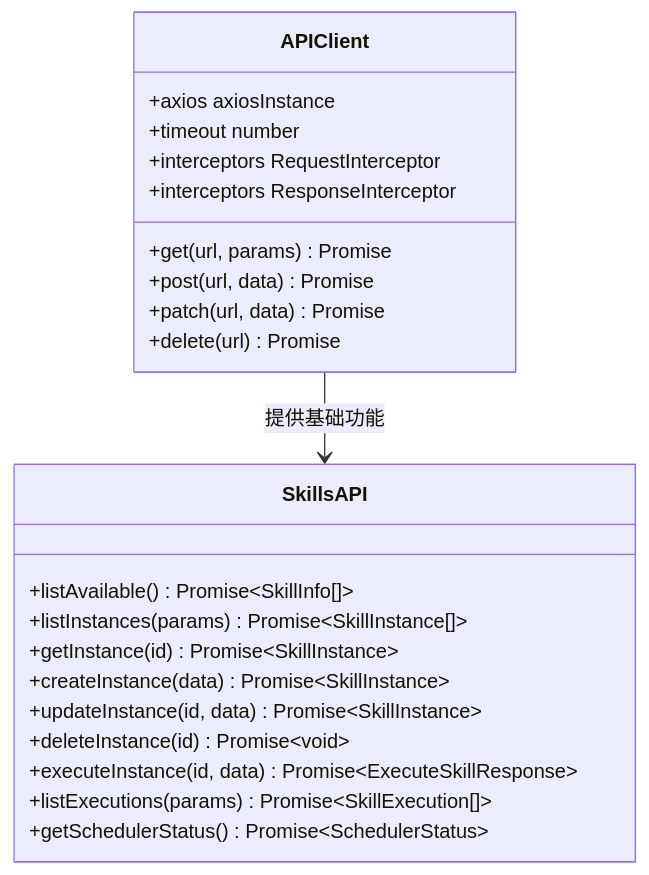
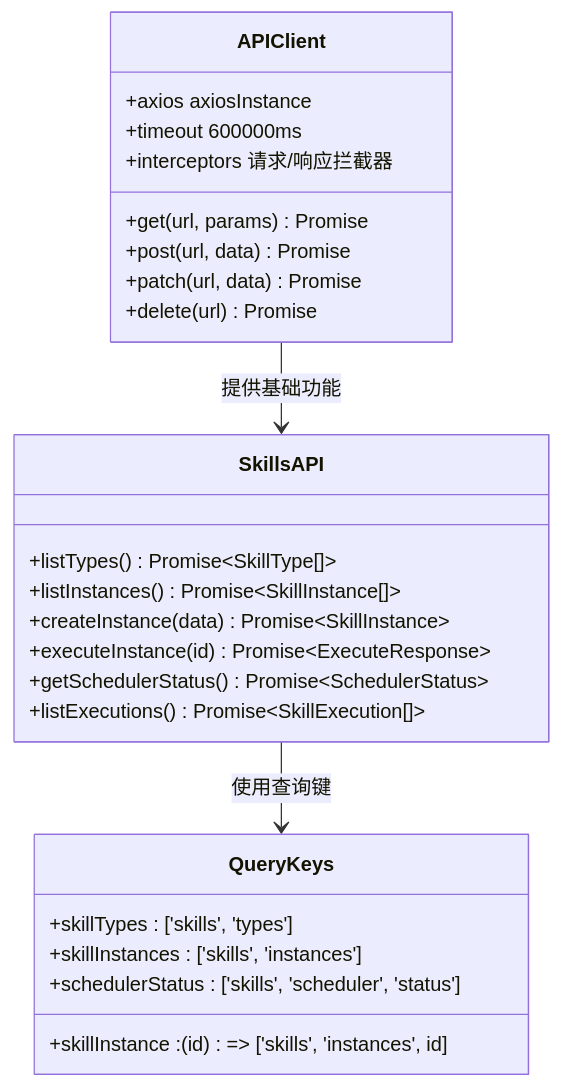
One commit to jackeyunjie/open-notebook changed the seventh of 12 diagrams in .qoder/repowiki/zh/content/前端架构/技能管理前端页面.md. Above: the diagram before and after it, drawn with Mermaid. The commit also changed other lines of this file and 24 other files, not shown here.

````diff
--- a/.qoder/repowiki/zh/content/前端架构/技能管理前端页面.md
+++ b/.qoder/repowiki/zh/content/前端架构/技能管理前端页面.md
@@ -222,25 +363,28 @@
 ```mermaid
 classDiagram
 class APIClient {
 +axios axiosInstance
-+timeout number
-+interceptors RequestInterceptor
-+interceptors ResponseInterceptor
++timeout 600000ms
++interceptors 请求/响应拦截器
 +get(url, params) Promise
 +post(url, data) Promise
 +patch(url, data) Promise
 +delete(url) Promise
 }
 class SkillsAPI {
-+listAvailable() Promise~SkillInfo[]~
-+listInstances(params) Promise~SkillInstance[]~
-+getInstance(id) Promise~SkillInstance~
++listTypes() Promise~SkillType[]~
++listInstances() Promise~SkillInstance[]~
 +createInstance(data) Promise~SkillInstance~
-+updateInstance(id, data) Promise~SkillInstance~
-+deleteInstance(id) Promise~void~
-+executeInstance(id, data) Promise~ExecuteSkillResponse~
-+listExecutions(params) Promise~SkillExecution[]~
++executeInstance(id) Promise~ExecuteResponse~
 +getSchedulerStatus() Promise~SchedulerStatus~
++listExecutions() Promise~SkillExecution[]~
+}
+class QueryKeys {
++skillTypes : ['skills', 'types']
++skillInstances : ['skills', 'instances']
++skillInstance : (id) => ['skills', 'instances', id]
++schedulerStatus : ['skills', 'scheduler', 'status']
 }
 APIClient --> SkillsAPI : 提供基础功能
+SkillsAPI --> QueryKeys : 使用查询键
 ```
````
